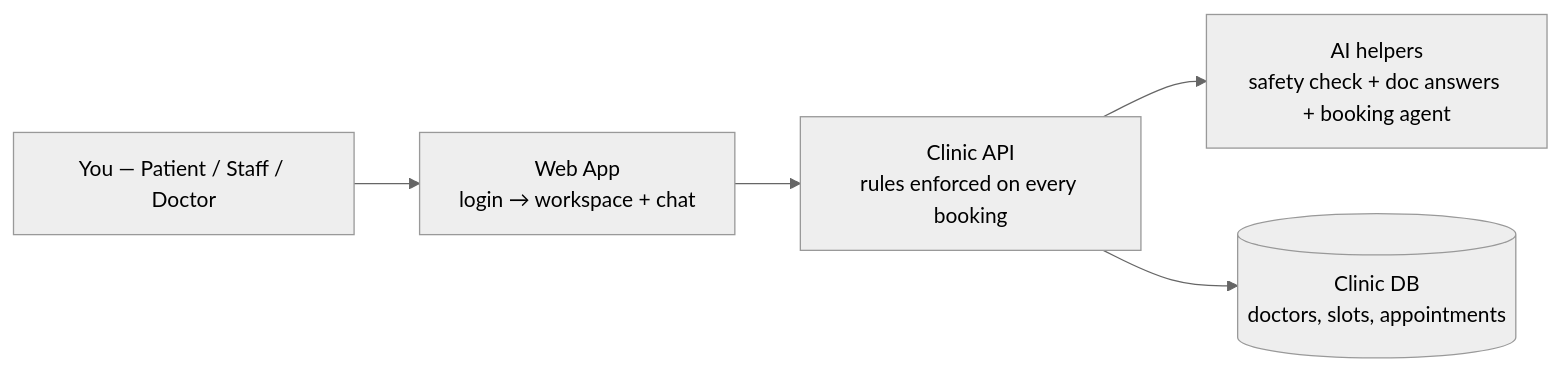
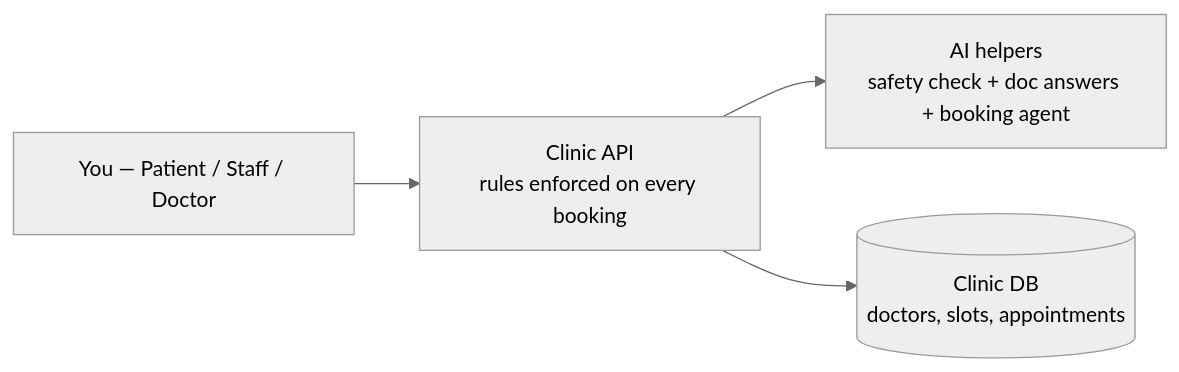
Before and after one commit to gunfighter9901/NetraCare_Clinic_AI_front_desk: the first of 2 diagrams in README.md, drawn with Mermaid (neutral theme). The commit also changed other lines of this file and 52 other files, not shown here.

````diff
--- a/README.md
+++ b/README.md
@@ -13,7 +15,6 @@
 ```mermaid
 graph LR
-  User[You — Patient / Staff / Doctor] --> UI[Web App<br/>login → workspace + chat]
-  UI --> API[Clinic API<br/>rules enforced on every booking]
+  User[You — Patient / Staff / Doctor] --> API[Clinic API<br/>rules enforced on every booking]
   API --> Brain[AI helpers<br/>safety check + doc answers + booking agent]
   API --> DB[(Clinic DB<br/>doctors, slots, appointments)]
 ```
````
